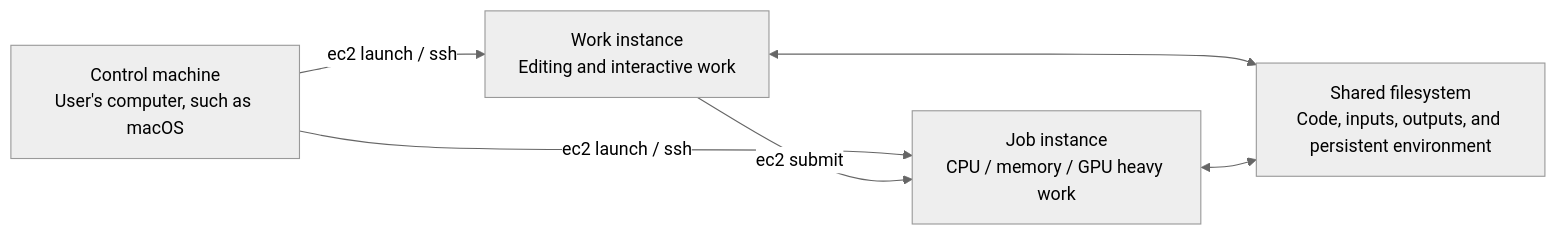
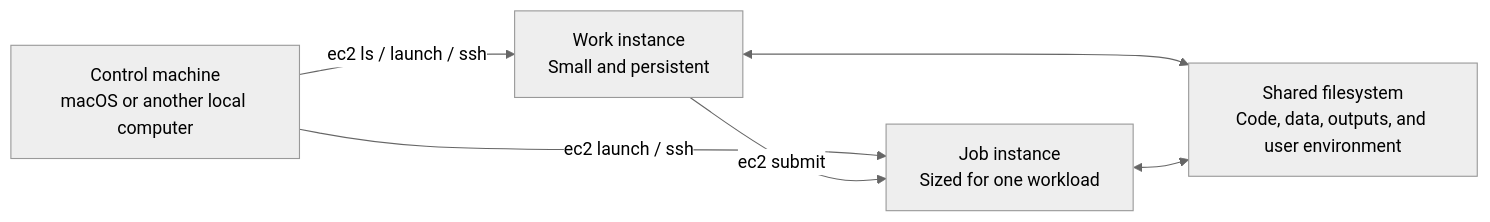
Before and after one commit to rcmdnk/ec2: the first of 2 diagrams in README.md, drawn with Mermaid (neutral theme). The commit also changed other lines of this file, not shown here.

````diff
--- a/README.md
+++ b/README.md
@@ -8,13 +26,13 @@
 ```mermaid
 flowchart LR
-    Control["Control machine<br/>User's computer, such as macOS"]
-    Work["Work instance<br/>Editing and interactive work"]
-    Job["Job instance<br/>CPU / memory / GPU heavy work"]
-    FS["Shared filesystem<br/>Code, inputs, outputs, and persistent environment"]
+    Control["Control machine<br/>macOS or another local computer"]
+    Work["Work instance<br/>Small and persistent"]
+    Job["Job instance<br/>Sized for one workload"]
+    FS["Shared filesystem<br/>Code, data, outputs, and user environment"]
 
-    Control -->|"ec2 launch / ssh"| Work
+    Control -->|"ec2 ls / launch / ssh"| Work
     Control -->|"ec2 launch / ssh"| Job
     Work -->|"ec2 submit"| Job
     Work <--> FS
     Job <--> FS
 ```
````
